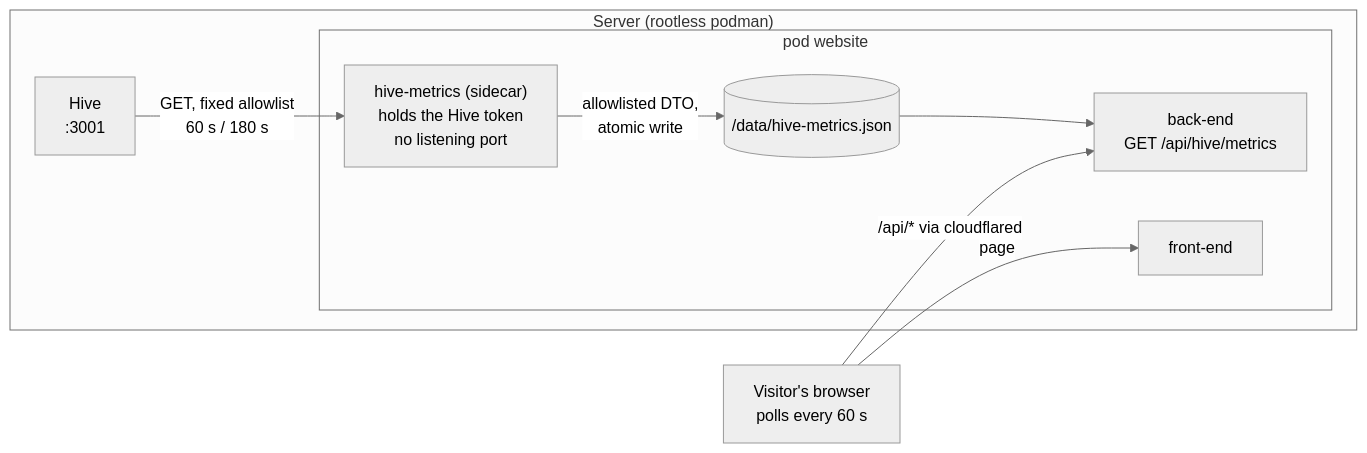
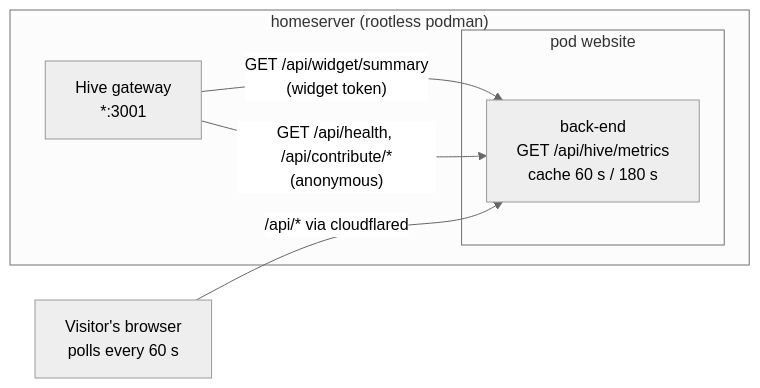
The diagram in docs/superpowers/specs/2026-11-02-agentic-hive-metrics-design.md (Tim-van-Oudheusden/website), drawn with Mermaid (neutral theme) before and after one commit. The commit also changed other lines of this file and 4 other files, not shown here.

First line of the commit message:
docs(agentic): use Hive's read-only widget token and verified server facts (#1046)

````diff
--- a/docs/superpowers/specs/2026-11-02-agentic-hive-metrics-design.md
+++ b/docs/superpowers/specs/2026-11-02-agentic-hive-metrics-design.md
@@ -38,18 +47,13 @@
 ```mermaid
 flowchart LR
-    subgraph host["Server (rootless podman)"]
-        hive["Hive<br/>:3001"]
+    subgraph host["homeserver (rootless podman)"]
+        hive["Hive gateway<br/>*:3001"]
         subgraph pod["pod website"]
-            exporter["hive-metrics (sidecar)<br/>holds the Hive token<br/>no listening port"]
-            file[("/data/hive-metrics.json")]
-            backend["back-end<br/>GET /api/hive/metrics"]
-            frontend["front-end"]
+            backend["back-end<br/>GET /api/hive/metrics<br/>cache 60 s / 180 s"]
         end
     end
     browser["Visitor's browser<br/>polls every 60 s"]
-    hive -- "GET, fixed allowlist<br/>60 s / 180 s" --> exporter
-    exporter -- "allowlisted DTO,<br/>atomic write" --> file
-    file --> backend
+    hive -- "GET /api/widget/summary<br/>(widget token)" --> backend
+    hive -- "GET /api/health, /api/contribute/*<br/>(anonymous)" --> backend
     browser -- "/api/* via cloudflared" --> backend
-    browser -- "page" --> frontend
 ```
````
